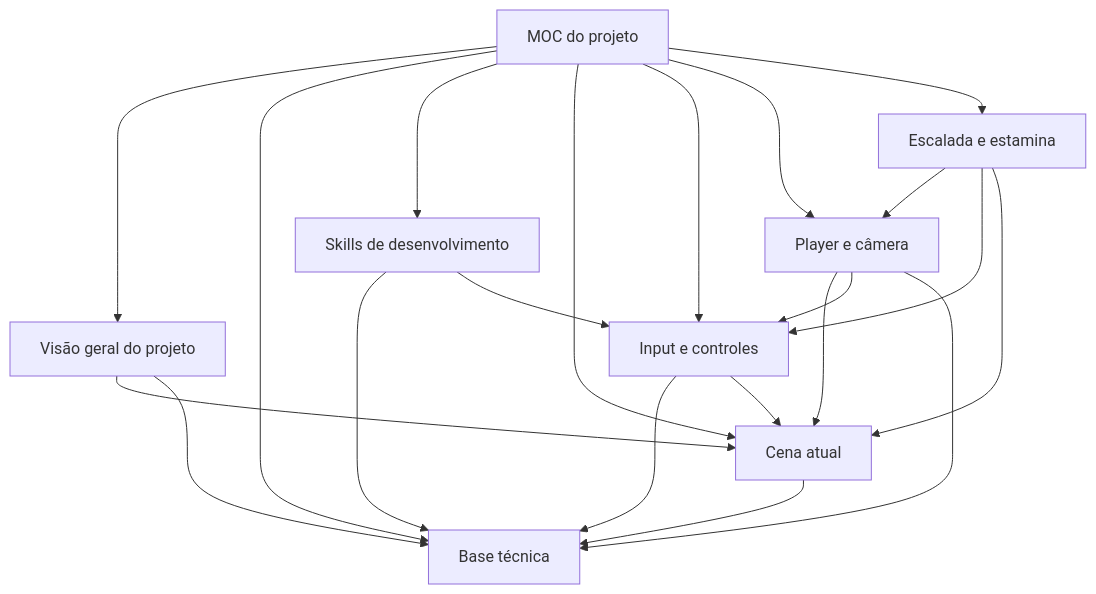
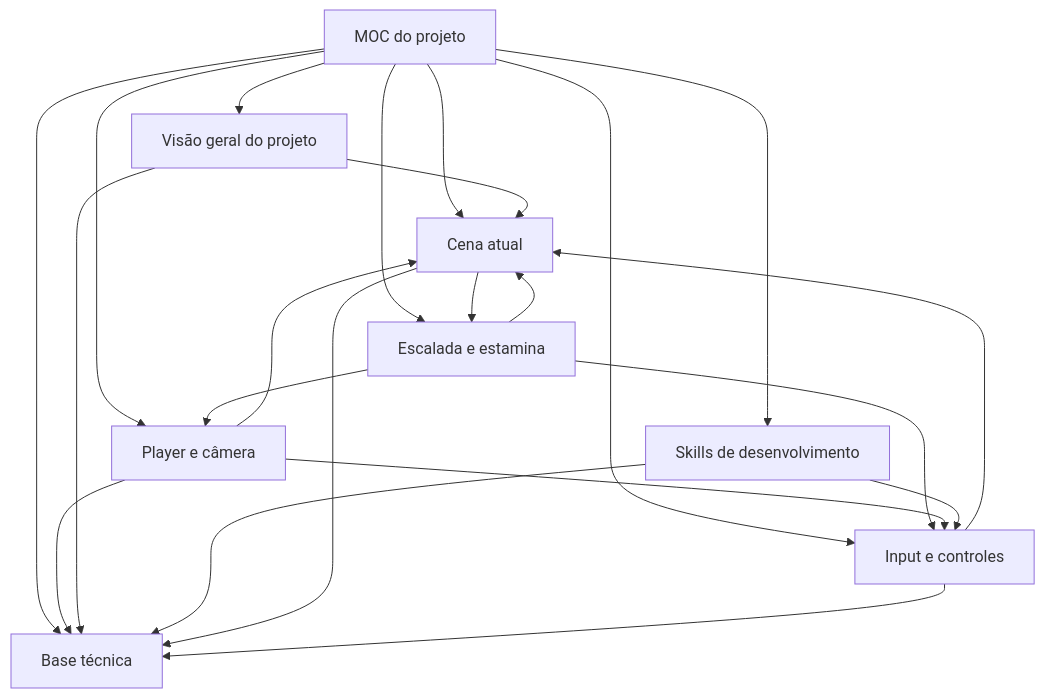
One commit to AlexYagam1/Ho-and-the-Bells-Guardians changed the diagram in Assets/SecondBrain/00 - MOC.md. Above: the diagram before and after it, drawn with Mermaid. The commit also changed other lines of this file and 11 other files, not shown here.

````diff
--- a/Assets/SecondBrain/00 - MOC.md
+++ b/Assets/SecondBrain/00 - MOC.md
@@ -20,23 +20,24 @@
 ```mermaid
 graph TD
     MOC[ MOC do projeto ] --> P[ Visão geral do projeto ]
     MOC --> TEC[ Base técnica ]
     MOC --> SKILLS[ Skills de desenvolvimento ]
     MOC --> CENA[ Cena atual ]
     MOC --> INPUT[ Input e controles ]
     MOC --> PLAYER[ Player e câmera ]
     MOC --> CLIMB[ Escalada e estamina ]
     CLIMB --> PLAYER
     CLIMB --> INPUT
     CLIMB --> CENA
     PLAYER --> CENA
     PLAYER --> INPUT
     PLAYER --> TEC
     P --> CENA
     P --> TEC
     SKILLS --> TEC
     SKILLS --> INPUT
     CENA --> TEC
+    CENA --> CLIMB
     INPUT --> TEC
     INPUT --> CENA
 ```
````
